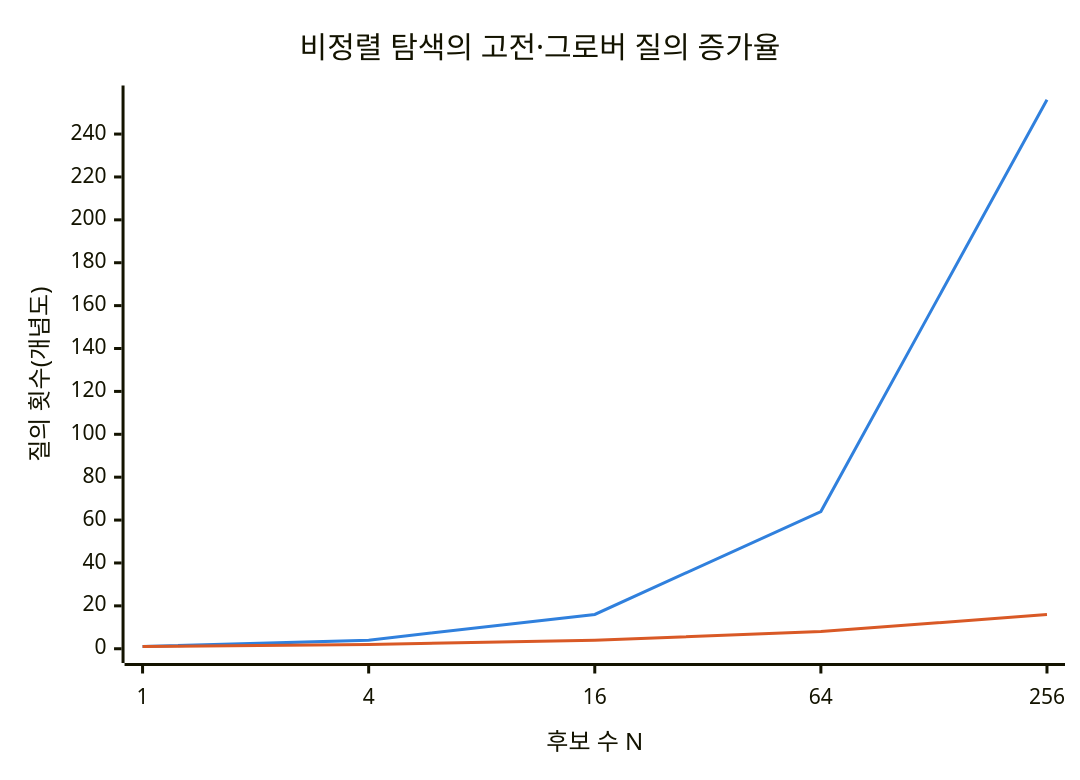
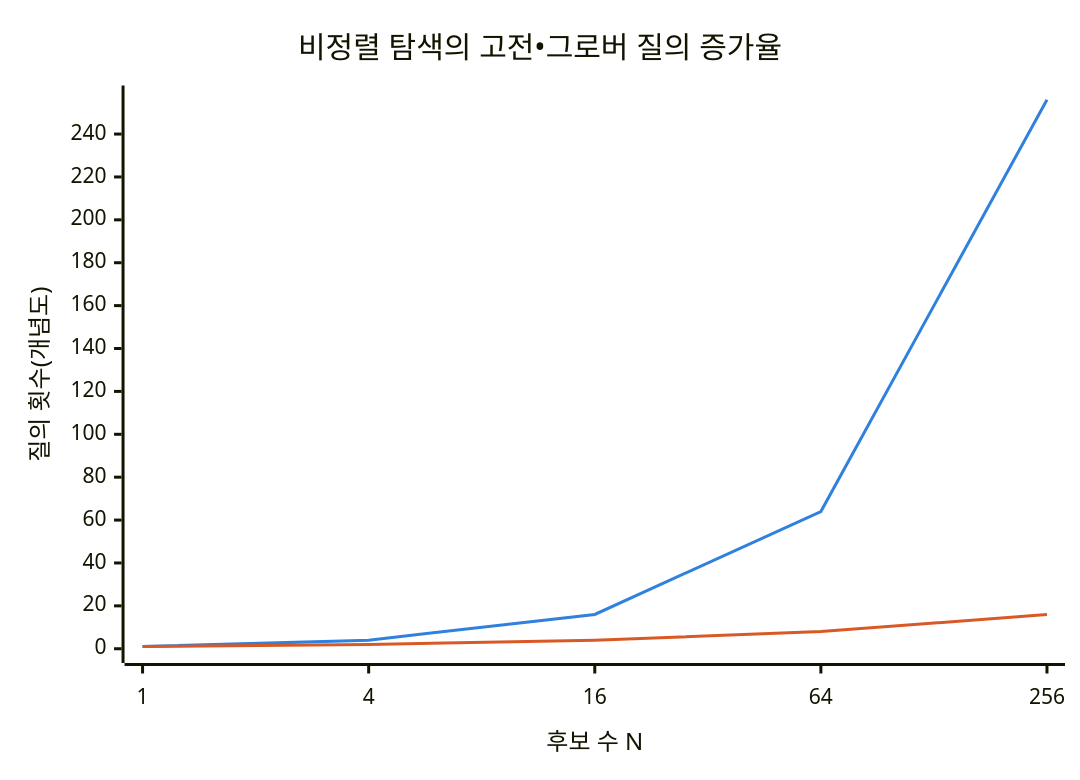
Before and after one commit to agnusdei1207/knowledge-base: the first of 3 diagrams in src/content/docs/notes/01-basic-theory/062_quantum_algo_shor_grover.md, drawn with Mermaid. The commit also changed other lines of this file and 20 other files, not shown here.

````diff
--- a/src/content/docs/notes/01-basic-theory/062_quantum_algo_shor_grover.md
+++ b/src/content/docs/notes/01-basic-theory/062_quantum_algo_shor_grover.md
@@ -62,9 +62,9 @@
 ```mermaid
 %%{init: {"themeVariables": {"xyChart": {"plotColorPalette": "#3080dd, #d95926"}}} }%%
 xychart-beta
-    title "비정렬 탐색의 고전·그로버 질의 증가율"
+    title "비정렬 탐색의 고전•그로버 질의 증가율"
     x-axis "후보 수 N" [1, 4, 16, 64, 256]
     y-axis "질의 횟수(개념도)" 0 --> 256
     line [1, 4, 16, 64, 256]
     line [1, 2, 4, 8, 16]
 ```
````
